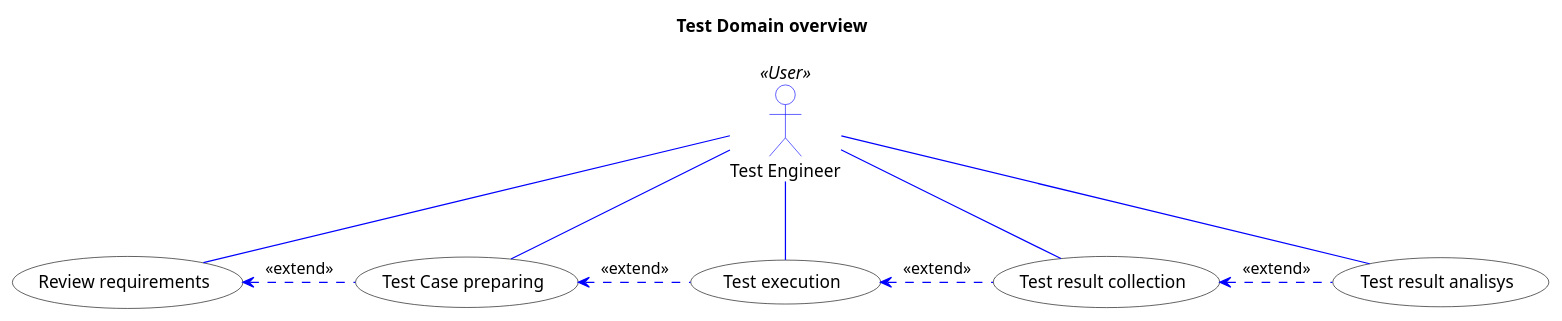
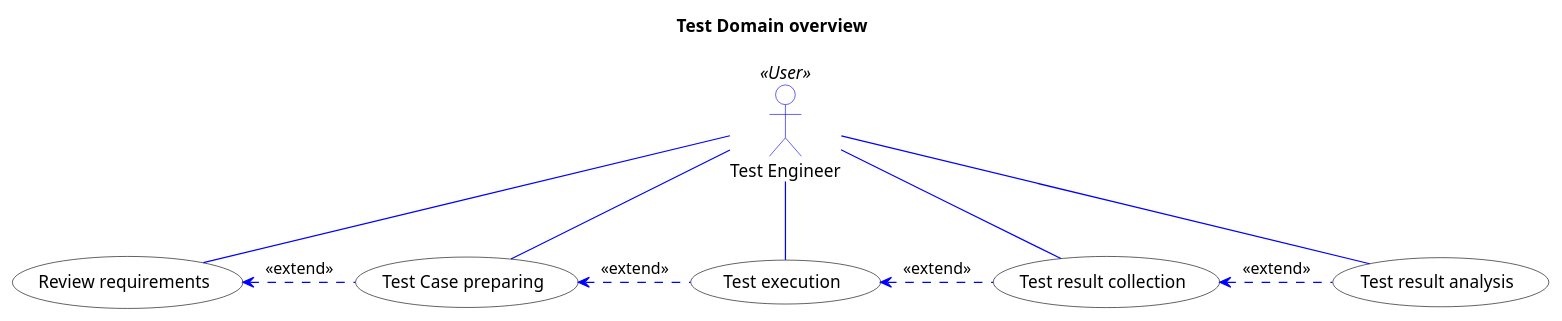
The diagram in docs/ATF/Use Case View/assets/1_domain_overview.plantuml (smartdevicelink/sdl_core_documentation), drawn with PlantUML before and after one commit.

Commit message:
Text file
Fix issue #19

```diff
--- a/docs/ATF/Use Case View/assets/1_domain_overview.plantuml
+++ b/docs/ATF/Use Case View/assets/1_domain_overview.plantuml
@@ -1,37 +1,37 @@
 @startuml
 /'
 It is a source file for ATF SAD diagram.
 For further information, please, follow http://plantuml.com/
 '/
 
 skinparam shadowing false
 skinparam actorBackgroundColor white
 skinparam actorBorderColor blue
 skinparam usecase {
 	BackgroundColor white
 	BorderColor black
 	
 	ArrowColor blue
 	ActorBorderColor blue
 }
 '---------------------------
 title Test Domain overview
 
 actor "Test Engineer" as :user: <<User>>
 usecase (Review requirements) as (requirements)
 usecase (Test Case preparing) as (test_case)
 usecase (Test execution) as (test_exec)
 usecase (Test result collection) as (test_collect)
-usecase (Test result analisys) as (test_analisys)
+usecase (Test result analysis) as (test_analisys)
 
 :user: -down- (requirements)
 :user: -down- (test_case)
 :user: -down- (test_exec)
 :user: -down- (test_collect)
 :user: -down- (test_analisys)
 
 (requirements) <. (test_case)     : <<extend>>
 (test_case) <. (test_exec)        : <<extend>>
 (test_exec) <. (test_collect)     : <<extend>>
 (test_collect) <. (test_analisys) : <<extend>>
 @enduml
```
